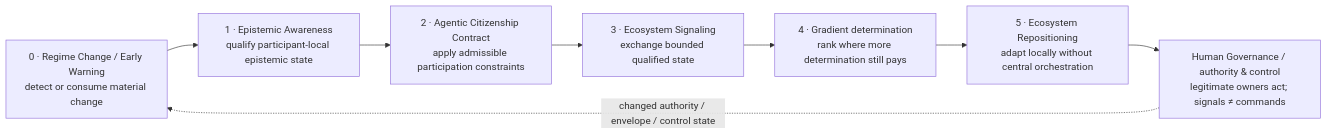
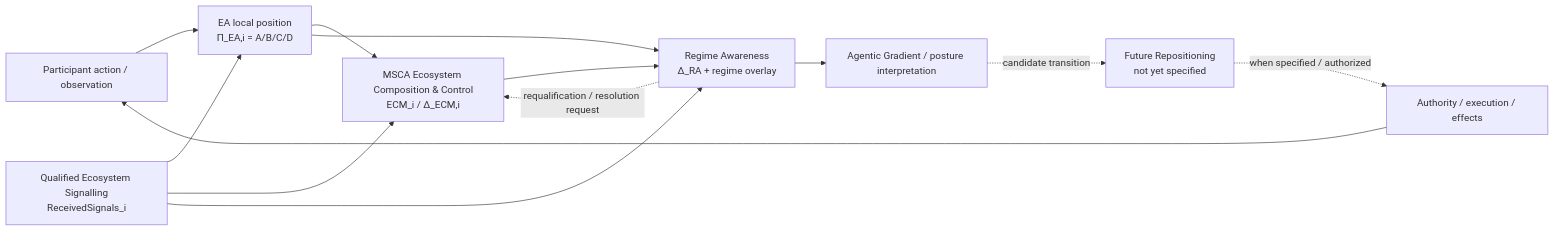
One commit to dakleyer/structural-awareness-contributions changed the diagram in architectural-contributions/ecosystem-positioning/README.md. Above: the diagram before and after it, drawn with Mermaid. The commit also changed other lines of this file, not shown here.

Commit message:
Make Ecosystem Positioning component circuit explicit

````diff
--- a/architectural-contributions/ecosystem-positioning/README.md
+++ b/architectural-contributions/ecosystem-positioning/README.md
@@ -37,13 +39,24 @@
 ```mermaid
 flowchart LR
-    R[0 · Regime Change / Early Warning<br/>detect or consume material change]
-    E[1 · Epistemic Awareness<br/>qualify participant-local epistemic state]
-    C[2 · Agentic Citizenship Contract<br/>apply admissible participation constraints]
-    S[3 · Ecosystem Signaling<br/>exchange bounded qualified state]
-    G[4 · Gradient determination<br/>rank where more determination still pays]
-    P[5 · Ecosystem Repositioning<br/>adapt locally without central orchestration]
-    H[Human Governance / authority & control<br/>legitimate owners act; signals ≠ commands]
+    A[Participant action / observation]
+    E[EA local position<br/>Π_EA,i = A/B/C/D]
+    S[Qualified Ecosystem Signalling<br/>ReceivedSignals_i]
+    M[MSCA Ecosystem Composition & Control<br/>ECM_i / Δ_ECM,i]
+    R[Regime Awareness<br/>Δ_RA + regime overlay]
+    G[Agentic Gradient / posture interpretation]
+    P[Future Repositioning<br/>not yet specified]
+    H[Authority / execution / effects]
 
-    R --> E --> C --> S --> G --> P --> H
-    H -. changed authority / envelope / control state .-> R
+    A --> E
+    S --> E
+    E --> M
+    S --> M
+    M --> R
+    E --> R
+    S --> R
+    R --> G
+    G -. candidate transition .-> P
+    P -. when specified / authorized .-> H
+    H --> A
+    R -. requalification / resolution request .-> M
 ```
````
